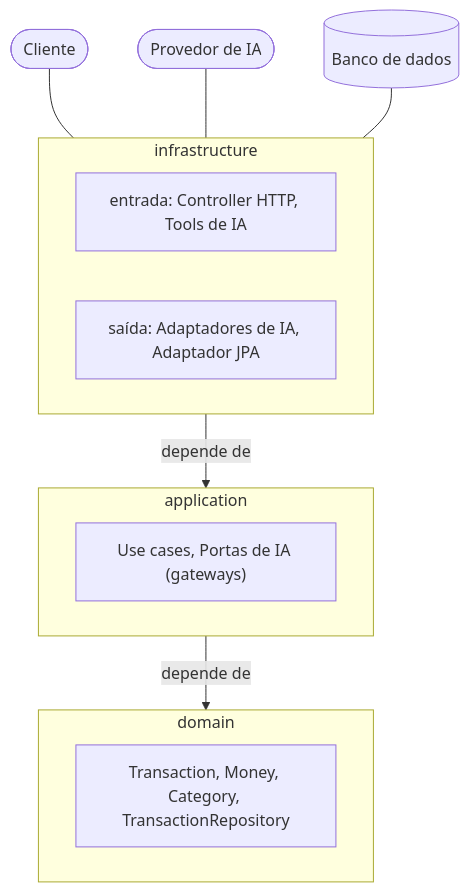
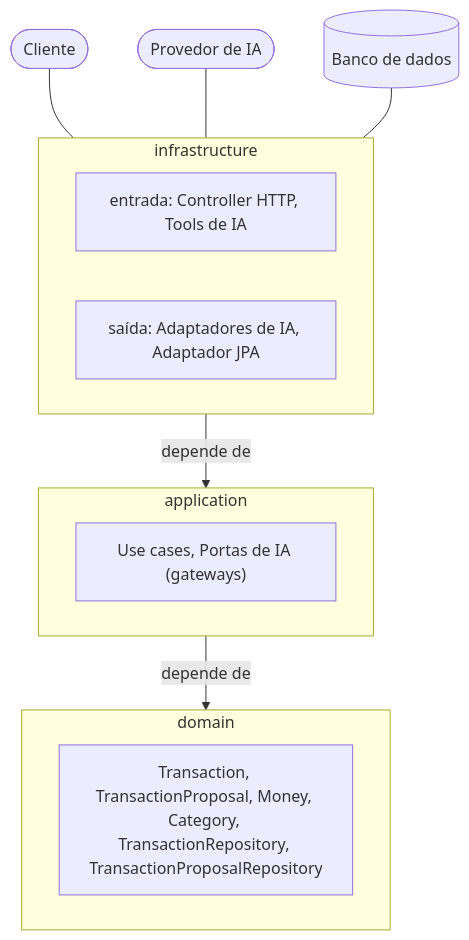
The first of 3 diagrams in docs/arquitetura.md (rafaeljc/voice-budgeting-api), drawn with Mermaid before and after one commit. The commit also changed other lines of this file and 58 other files, not shown here.

````diff
--- a/docs/arquitetura.md
+++ b/docs/arquitetura.md
@@ -9,21 +9,21 @@
 ```mermaid
 flowchart TB
     Cliente([Cliente])
     IA([Provedor de IA])
     DB[(Banco de dados)]
     subgraph infrastructure
         entrada["entrada: Controller HTTP, Tools de IA"]
         saida["saída: Adaptadores de IA, Adaptador JPA"]
     end
     subgraph application
         app["Use cases, Portas de IA (gateways)"]
     end
     subgraph domain
-        dom["Transaction, Money, Category, TransactionRepository"]
+        dom["Transaction, TransactionProposal, Money, Category, TransactionRepository, TransactionProposalRepository"]
     end
     Cliente --- infrastructure
     IA --- infrastructure
     DB --- infrastructure
     infrastructure -->|depende de| application
     application -->|depende de| domain
 ```
````
